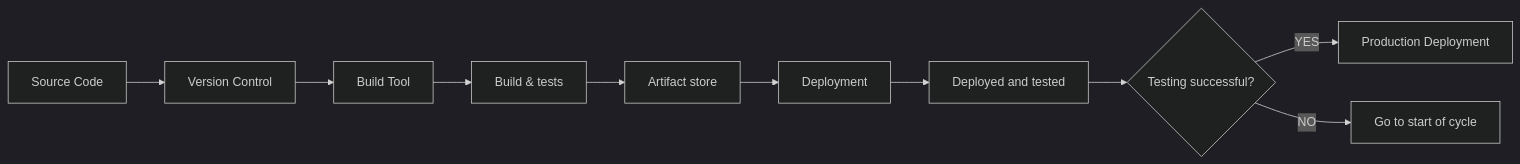
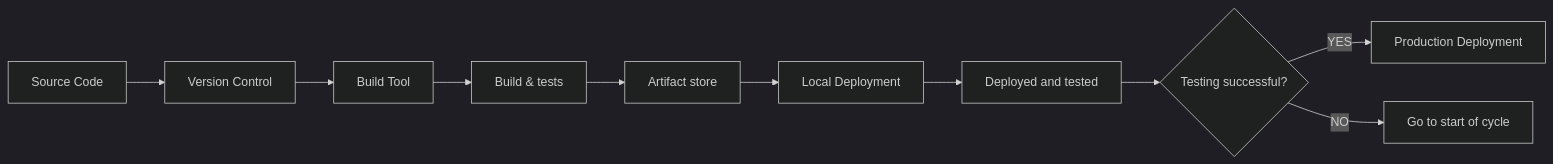
One commit to aadityadeshmukh/codex changed the diagram in docs/DevOps/ci-cd.md. Above: the diagram before and after it, drawn with Mermaid (dark theme). The commit also changed 2 other files, not shown here.

Commit message:
added contend for cicd and pmp

````diff
--- a/docs/DevOps/ci-cd.md
+++ b/docs/DevOps/ci-cd.md
@@ -17,12 +17,12 @@
         ``` mermaid
             graph LR
             A[Source Code] --> B[Version Control];
             B -->C[Build Tool];
             C --> D[Build & tests];
             D --> G[Artifact store];
-            G --> H[Deployment]
+            G --> H[Local Deployment]
             H --> I[Deployed and tested]
             I --> J{Testing successful?}
             J --> |YES| K[Production Deployment]
             J --> |NO| L[Go to start of cycle]
         ```
````
